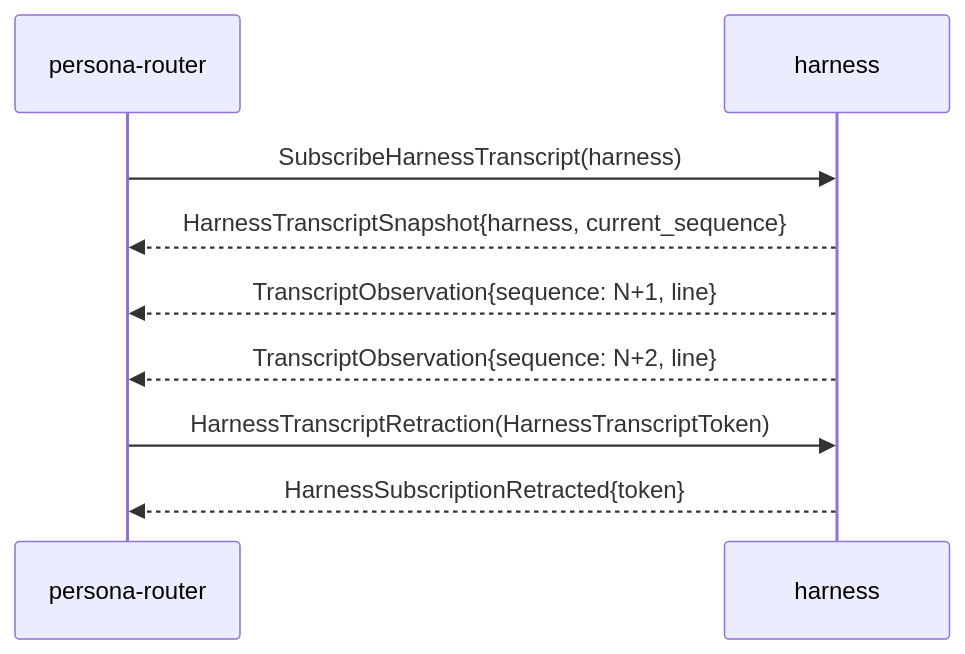
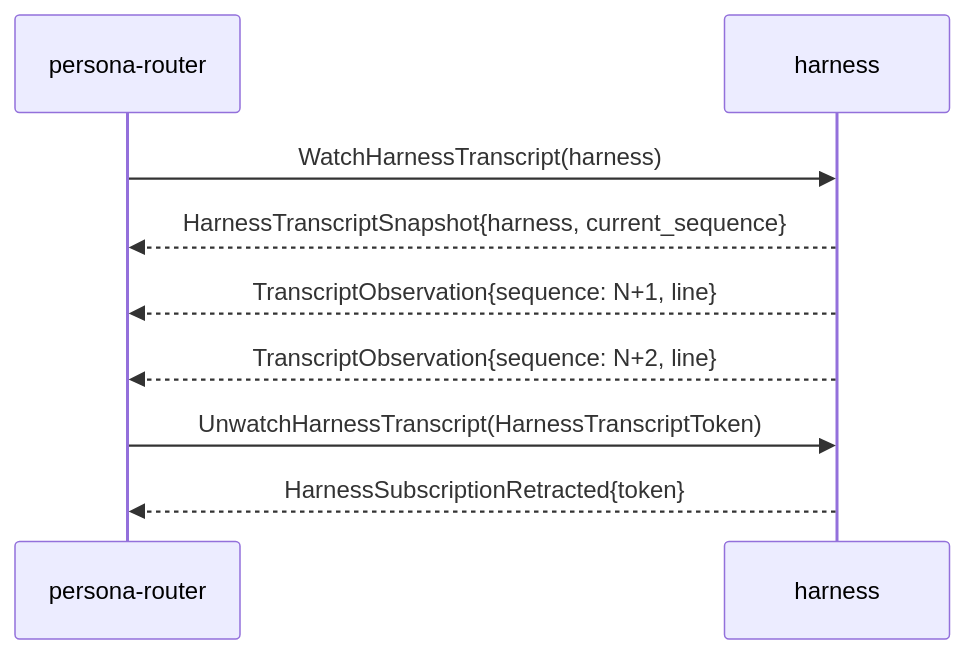
Before and after one commit to LiGoldragon/signal-harness: the diagram in ARCHITECTURE.md, drawn with Mermaid. The commit also changed other lines of this file and 7 other files, not shown here.

````diff
--- a/ARCHITECTURE.md
+++ b/ARCHITECTURE.md
@@ -102,12 +90,12 @@
 ```mermaid
 sequenceDiagram
     participant Router as persona-router
     participant Harness as harness
 
-    Router->>Harness: SubscribeHarnessTranscript(harness)
+    Router->>Harness: WatchHarnessTranscript(harness)
     Harness-->>Router: HarnessTranscriptSnapshot{harness, current_sequence}
     Harness-->>Router: TranscriptObservation{sequence: N+1, line}
     Harness-->>Router: TranscriptObservation{sequence: N+2, line}
-    Router->>Harness: HarnessTranscriptRetraction(HarnessTranscriptToken)
+    Router->>Harness: UnwatchHarnessTranscript(HarnessTranscriptToken)
     Harness-->>Router: HarnessSubscriptionRetracted{token}
 ```
````
